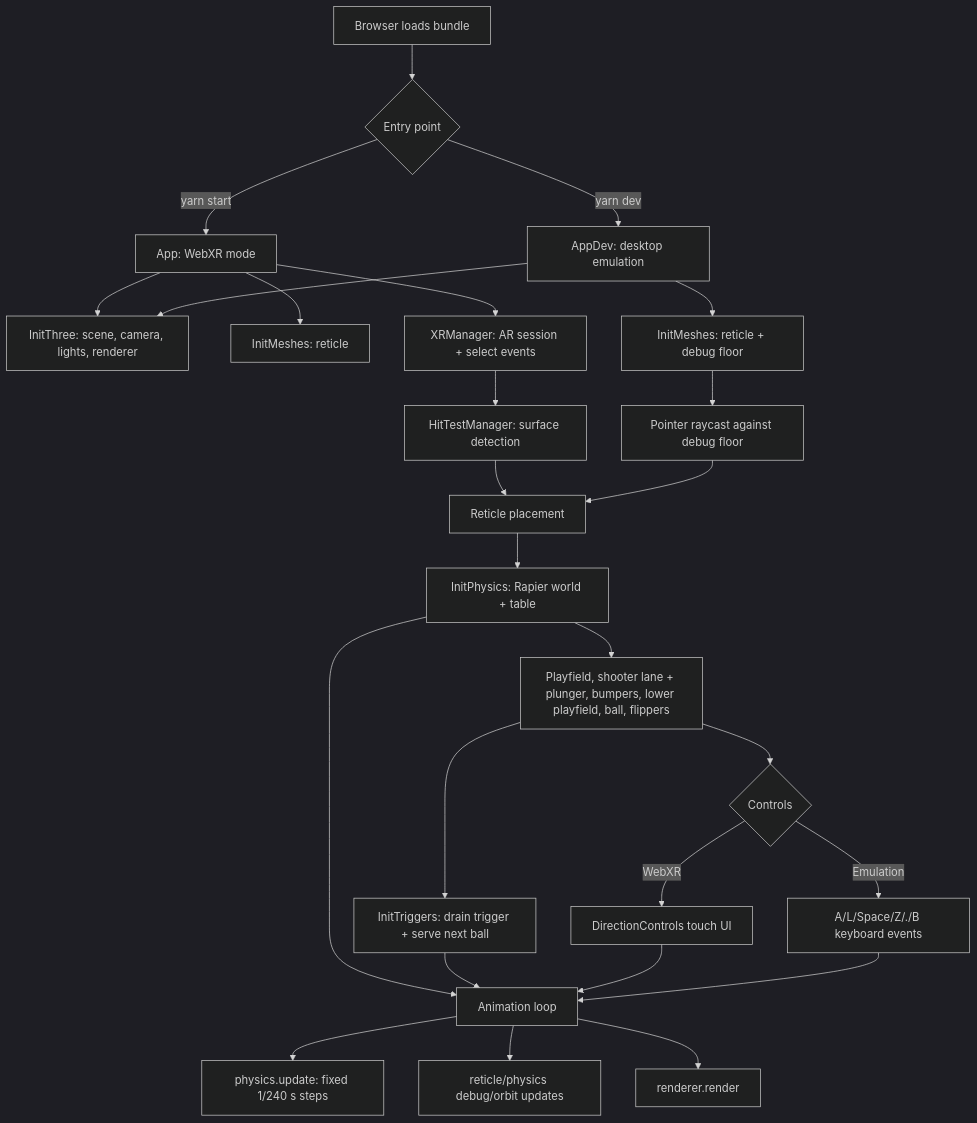
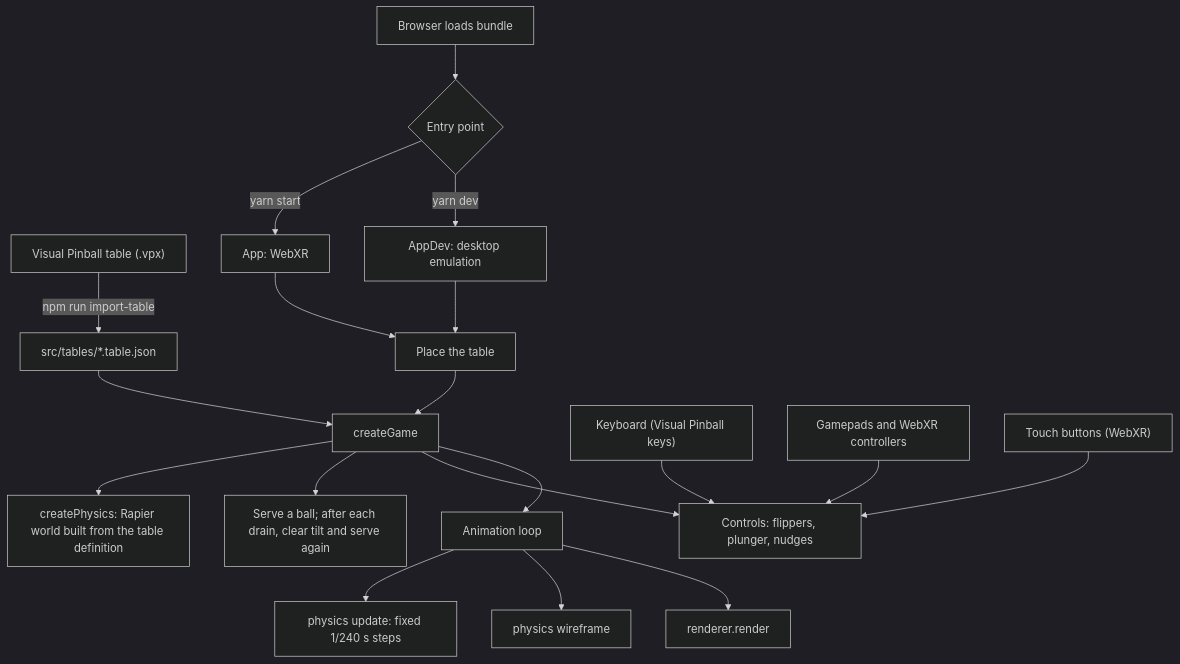
Before and after one commit to patrick-s-young/pinball-xr: the diagram in README.md, drawn with Mermaid (dark theme). The commit also changed other lines of this file and 64 other files, not shown here.

````diff
--- a/README.md
+++ b/README.md
@@ -30,32 +30,21 @@
 ```mermaid
 flowchart TD
+    VPX["Visual Pinball table (.vpx)"] -->|"npm run import-table"| Definition["src/tables/*.table.json"]
     Start["Browser loads bundle"] --> Entry{"Entry point"}
-    Entry -->|"yarn start"| XRApp["App: WebXR mode"]
+    Entry -->|"yarn start"| XRApp["App: WebXR"]
     Entry -->|"yarn dev"| DevApp["AppDev: desktop emulation"]
-
-    XRApp --> InitThree["InitThree: scene, camera, lights, renderer"]
-    DevApp --> InitThree
-    XRApp --> InitMeshes["InitMeshes: reticle"]
-    DevApp --> InitMeshesDev["InitMeshes: reticle + debug floor"]
-
-    XRApp --> XRManager["XRManager: AR session + select events"]
-    XRManager --> HitTest["HitTestManager: surface detection"]
-    HitTest --> Placement["Reticle placement"]
-    InitMeshesDev --> Raycast["Pointer raycast against debug floor"]
-    Raycast --> Placement
-
-    Placement --> InitPhysics["InitPhysics: Rapier world + table"]
-    InitPhysics --> Bodies["Playfield, shooter lane + plunger, bumpers, lower playfield, ball, flippers"]
-    Bodies --> Triggers["InitTriggers: drain trigger + serve next ball"]
-    Bodies --> Controls{"Controls"}
-    Controls -->|"WebXR"| TouchControls["DirectionControls touch UI"]
-    Controls -->|"Emulation"| KeyEvents["A/L/Space/Z/./B keyboard events"]
-
-    InitPhysics --> Loop["Animation loop"]
-    Triggers --> Loop
-    TouchControls --> Loop
-    KeyEvents --> Loop
-    Loop --> Physics["physics.update: fixed 1/240 s steps"]
-    Loop --> Updates["reticle/physics debug/orbit updates"]
+    XRApp --> Placement["Place the table"]
+    DevApp --> Placement
+    Placement --> Game["createGame"]
+    Definition --> Game
+    Game --> Physics["createPhysics: Rapier world built from the table definition"]
+    Game --> Serve["Serve a ball; after each drain, clear tilt and serve again"]
+    Game --> Controls["Controls: flippers, plunger, nudges"]
+    Keyboard["Keyboard (Visual Pinball keys)"] --> Controls
+    Gamepads["Gamepads and WebXR controllers"] --> Controls
+    Touch["Touch buttons (WebXR)"] --> Controls
+    Game --> Loop["Animation loop"]
+    Loop --> Step["physics update: fixed 1/240 s steps"]
+    Loop --> View["physics wireframe"]
     Loop --> Render["renderer.render"]
 ```
````
